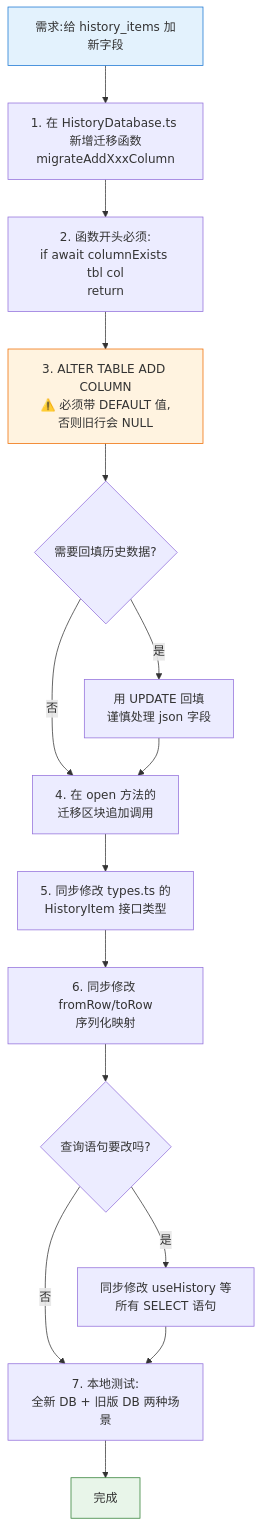
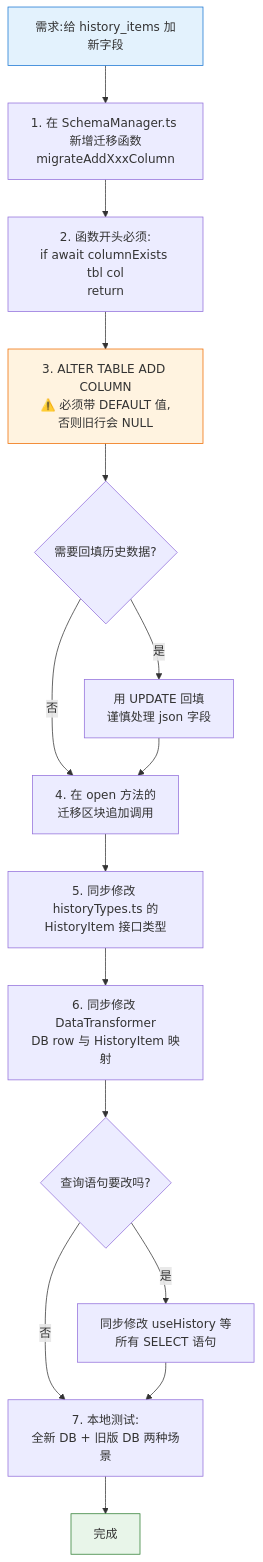
Before and after one commit to joeyliu6/PicNexus: the fourth of 5 diagrams in docs/flows/db-migration-flow.md, drawn with Mermaid. The commit also changed other lines of this file and 22 other files, not shown here.

````diff
--- a/docs/flows/db-migration-flow.md
+++ b/docs/flows/db-migration-flow.md
@@ -128,23 +137,23 @@
 ```mermaid
 flowchart TD
-    A[需求:给 history_items 加新字段] --> B[1. 在 HistoryDatabase.ts 新增迁移函数<br/>migrateAddXxxColumn]
+    A[需求:给 history_items 加新字段] --> B[1. 在 SchemaManager.ts 新增迁移函数<br/>migrateAddXxxColumn]
     B --> C[2. 函数开头必须:<br/>if await columnExists tbl col<br/>return]
     C --> D[3. ALTER TABLE ADD COLUMN<br/>⚠️ 必须带 DEFAULT 值,<br/>否则旧行会 NULL]
     D --> E{需要回填历史数据?}
     E -- 是 --> E1[用 UPDATE 回填<br/>谨慎处理 json 字段]
     E -- 否 --> F
     E1 --> F
     F[4. 在 open 方法的<br/>迁移区块追加调用]
-    F --> G[5. 同步修改 types.ts 的<br/>HistoryItem 接口类型]
-    G --> H[6. 同步修改 fromRow/toRow<br/>序列化映射]
+    F --> G[5. 同步修改 historyTypes.ts 的<br/>HistoryItem 接口类型]
+    G --> H[6. 同步修改 DataTransformer<br/>DB row 与 HistoryItem 映射]
     H --> I{查询语句要改吗?}
     I -- 是 --> I1[同步修改 useHistory 等<br/>所有 SELECT 语句]
     I -- 否 --> J
     I1 --> J
     J[7. 本地测试:<br/>全新 DB + 旧版 DB 两种场景]
     J --> K[完成]
 
     style A fill:#e3f2fd,stroke:#1976d2
     style K fill:#e8f5e9,stroke:#2e7d32
     style D fill:#fff3e0,stroke:#ef6c00
 ```
````
